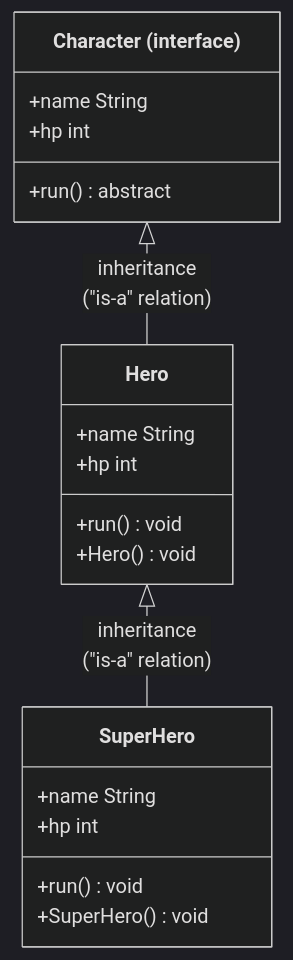
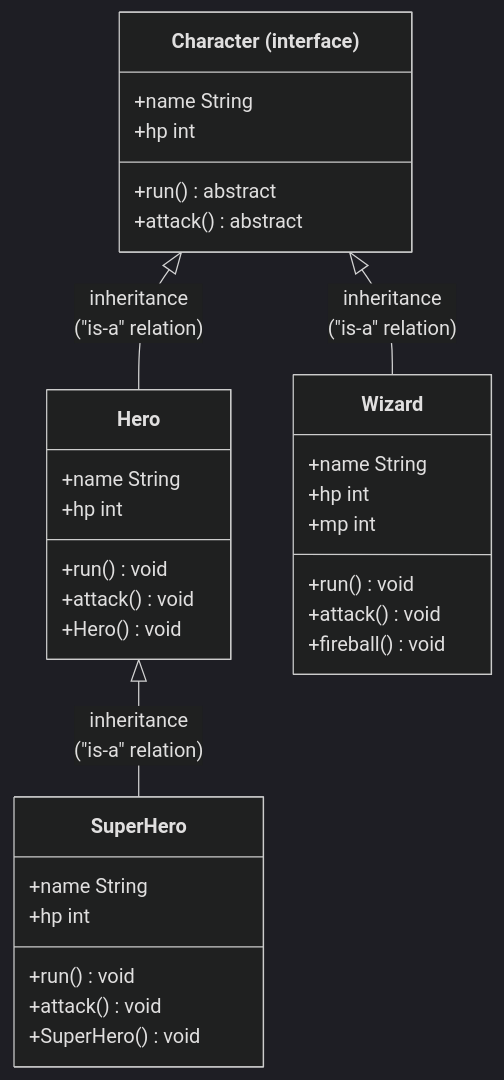
One commit to naorex/Sukkiri_Java_beginner changed the diagram in chapter6/Class.md. Above: the diagram before and after it, drawn with Mermaid (dark theme). The commit also changed 6 other files, not shown here.

````diff
--- a/chapter6/Class.md
+++ b/chapter6/Class.md
@@ -1,27 +1,39 @@
 ```mermaid
 classDiagram
 
 class Character["Character (interface)"]{
     +name String
     +hp int
     +run() abstract
+    +attack() abstract
 }
 
 class Hero{
     +name String
     +hp int
     +run() void
+    +attack() void
     +Hero() void
 }
 
 class SuperHero{
     +name String
     +hp int
     +run() void
+    +attack() void
     +SuperHero() void
+}
+
+class Wizard{
+    +name String
+    +hp int
+    +mp int
+    +run() void
+    +attack() void
+    +fireball() void
 }
 
 Character <|-- Hero : inheritance</br>("is-a" relation)
 Hero <|-- SuperHero : inheritance</br>("is-a" relation)
-
+Character <|-- Wizard : inheritance</br>("is-a" relation)
 ```
````
